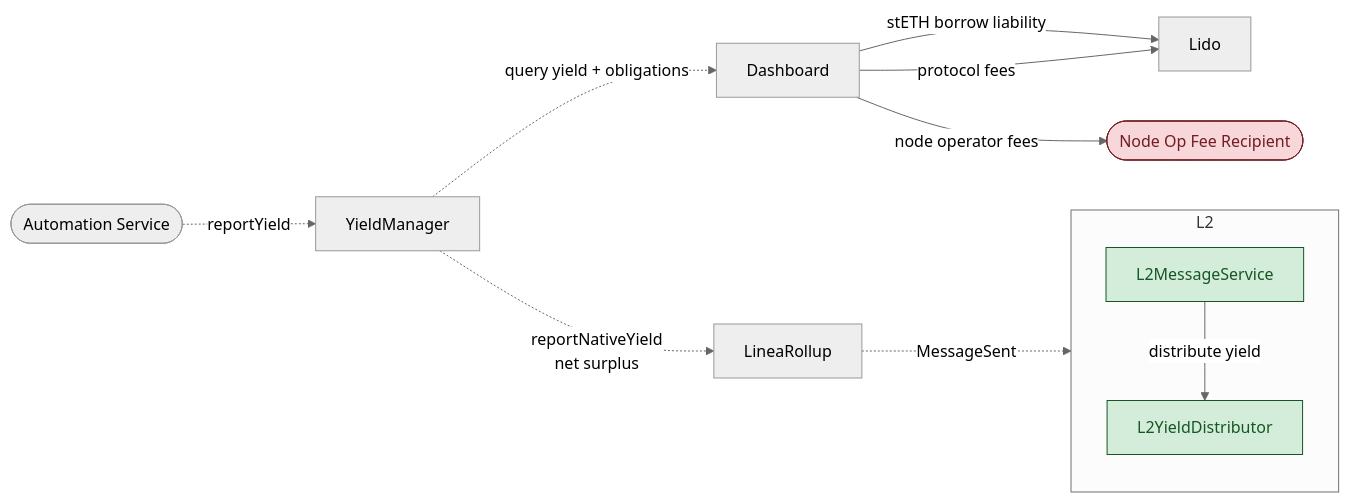
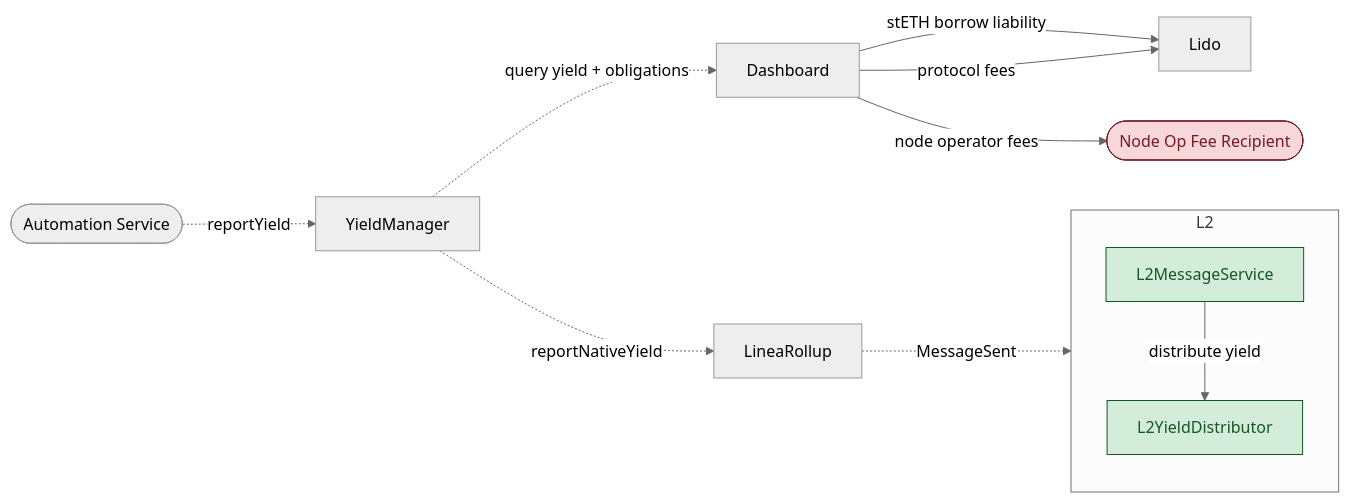
The second of 8 diagrams in docs/yield-boost-fund-flow.md (Consensys/linea-monorepo), drawn with Mermaid (neutral theme) before and after one commit. The commit also changed other lines of this file, not shown here.

First line of the commit message:
docs: improve clarity of fund flow documentation

````diff
--- a/docs/yield-boost-fund-flow.md
+++ b/docs/yield-boost-fund-flow.md
@@ -41,22 +41,22 @@
 ```mermaid
 flowchart LR
     subgraph L2["L2"]
       direction TB
       L2MS[L2MessageService]
       L2YD[L2YieldDistributor]
     end
     Auto([Automation Service]) -.->|reportYield| YM[YieldManager]
     YM -.->|query yield + obligations| DB[Dashboard]
     DB -->|stETH borrow liability| Lido[Lido]
     DB -->|protocol fees| Lido
     DB -->|node operator fees| FeeRecipient([Node Op Fee Recipient])
-    YM -.->|reportNativeYield\nnet surplus| LR[LineaRollup]
+    YM -.->|reportNativeYield| LR[LineaRollup]
     LR -.->|MessageSent| L2MS[L2MessageService]
     L2MS -->|distribute yield| L2YD[L2YieldDistributor]
 
     classDef l2 fill:#d4edda,stroke:#155724,stroke-width:1px,color:#155724
     classDef admin fill:#f8d7da,stroke:#721c24,stroke-width:1px,color:#721c24
 
     class L2MS,L2YD l2
     class FeeRecipient admin
 ```
````
